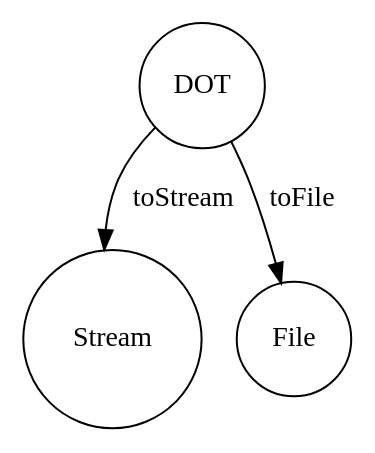
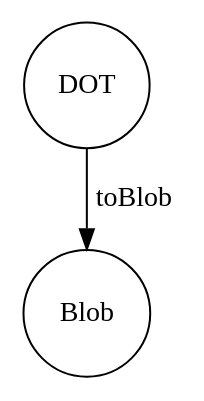
The diagram in media/adapter-state-machine.dot (ts-graphviz/ts-graphviz), drawn with Graphviz before and after one commit. The commit also changed 31 other files, not shown here.

First line of the commit message:
feat(adapter)!: return a Blob from toBlob; remove toStream and toFile (#1889)

```diff
--- a/media/adapter-state-machine.dot
+++ b/media/adapter-state-machine.dot
@@ -1,12 +1,9 @@
 digraph "state_machine" {
   newrank = true;
   node [
     shape = "circle";
   ];
-  "DOT" -> "Stream" [
-    label = "toStream";
-  ];
-  "DOT" -> "File" [
-    label = "toFile";
+  "DOT" -> "Blob" [
+    label = "toBlob";
   ];
 }
```
